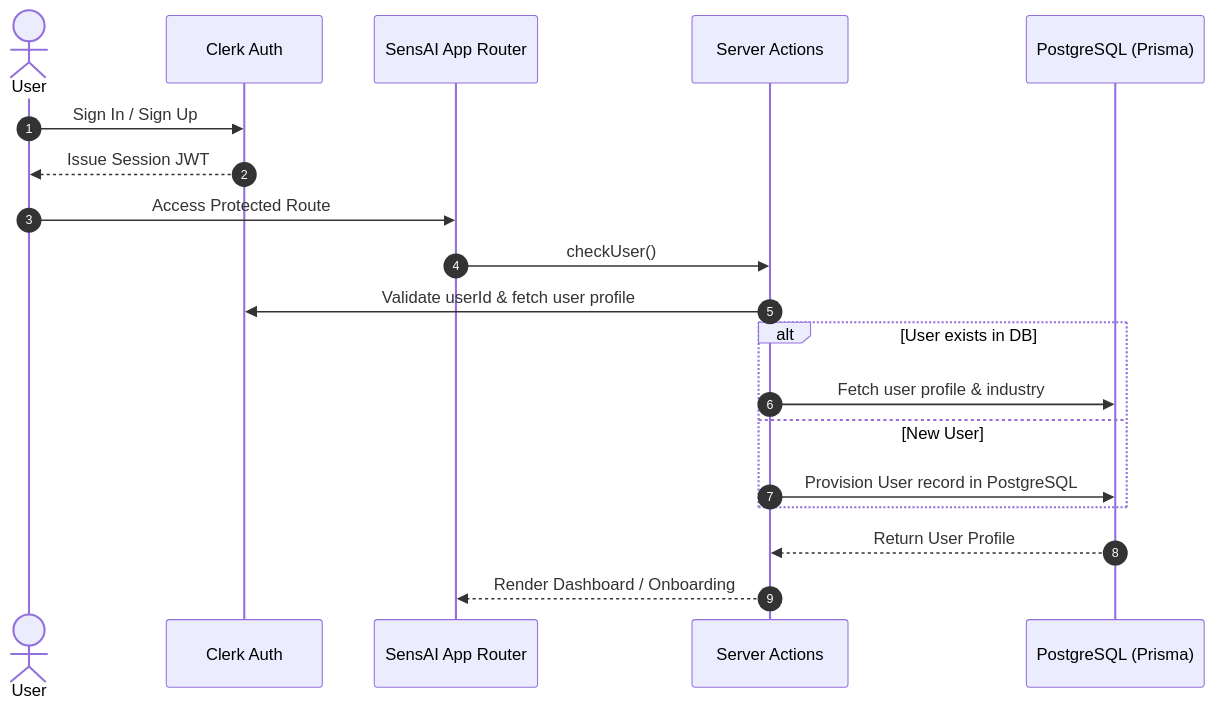
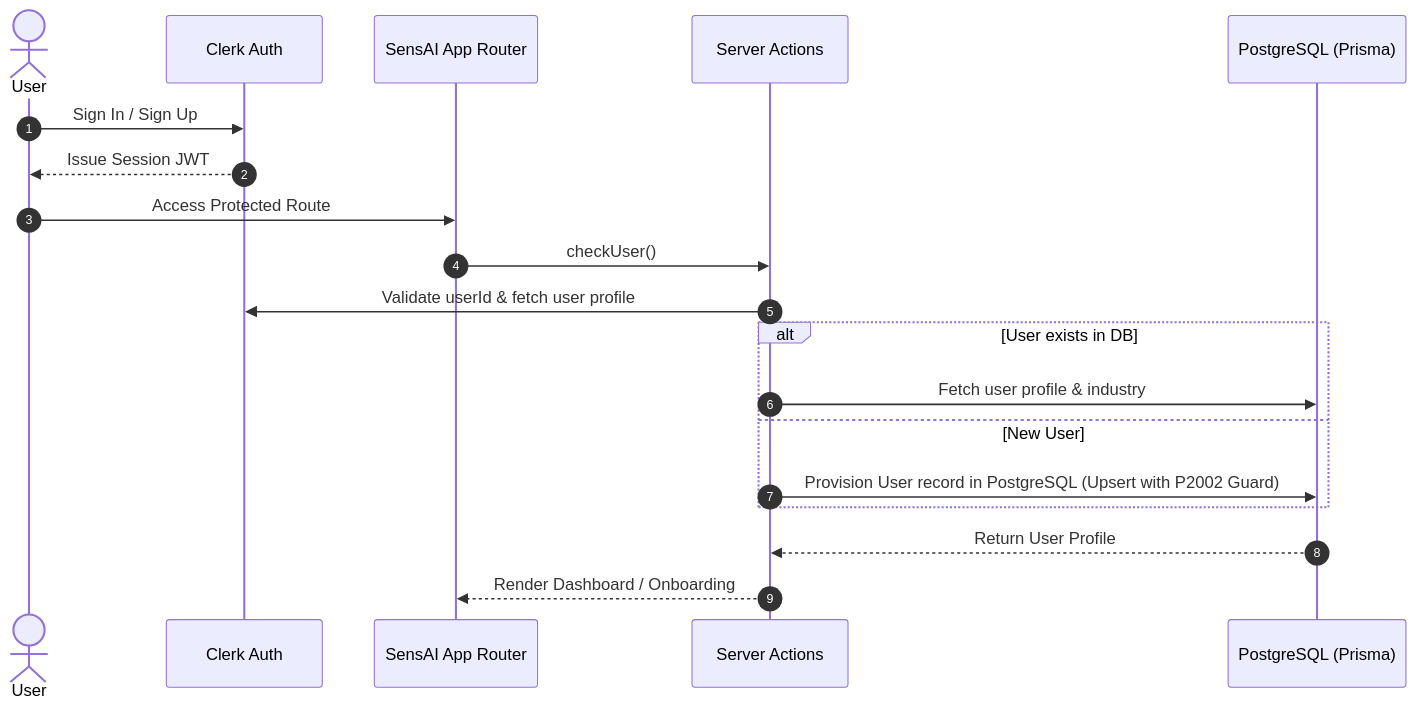
One commit to Katakam-Krupavathi/SensAI- changed the third of 6 diagrams in README.md. Above: the diagram before and after it, drawn with Mermaid. The commit also changed other lines of this file, not shown here.

````diff
--- a/README.md
+++ b/README.md
@@ -89,22 +183,22 @@
 ```mermaid
 sequenceDiagram
     autonumber
     actor User
     participant Clerk as Clerk Auth
     participant App as SensAI App Router
     participant Server as Server Actions
     participant DB as PostgreSQL (Prisma)
 
     User->>Clerk: Sign In / Sign Up
     Clerk-->>User: Issue Session JWT
     User->>App: Access Protected Route
     App->>Server: checkUser()
     Server->>Clerk: Validate userId & fetch user profile
     alt User exists in DB
         Server->>DB: Fetch user profile & industry
     else New User
-        Server->>DB: Provision User record in PostgreSQL
+        Server->>DB: Provision User record in PostgreSQL (Upsert with P2002 Guard)
     end
     DB-->>Server: Return User Profile
     Server-->>App: Render Dashboard / Onboarding
 ```
````
